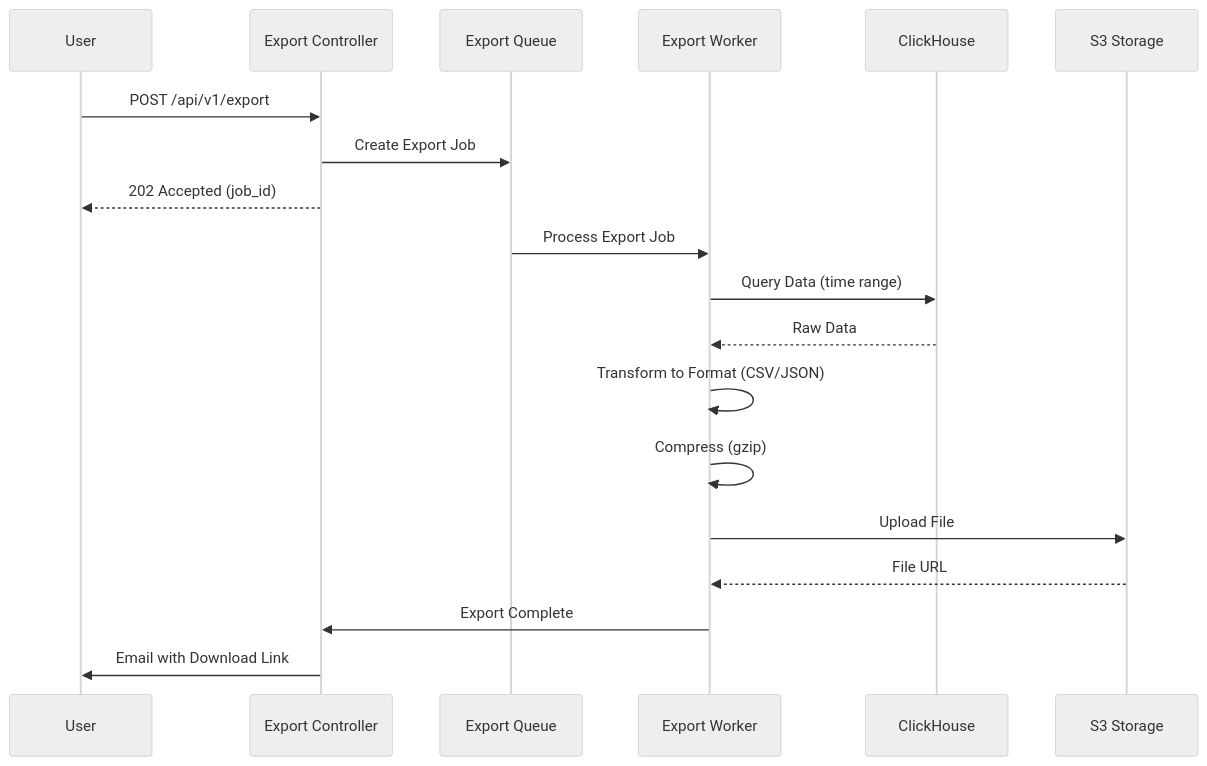
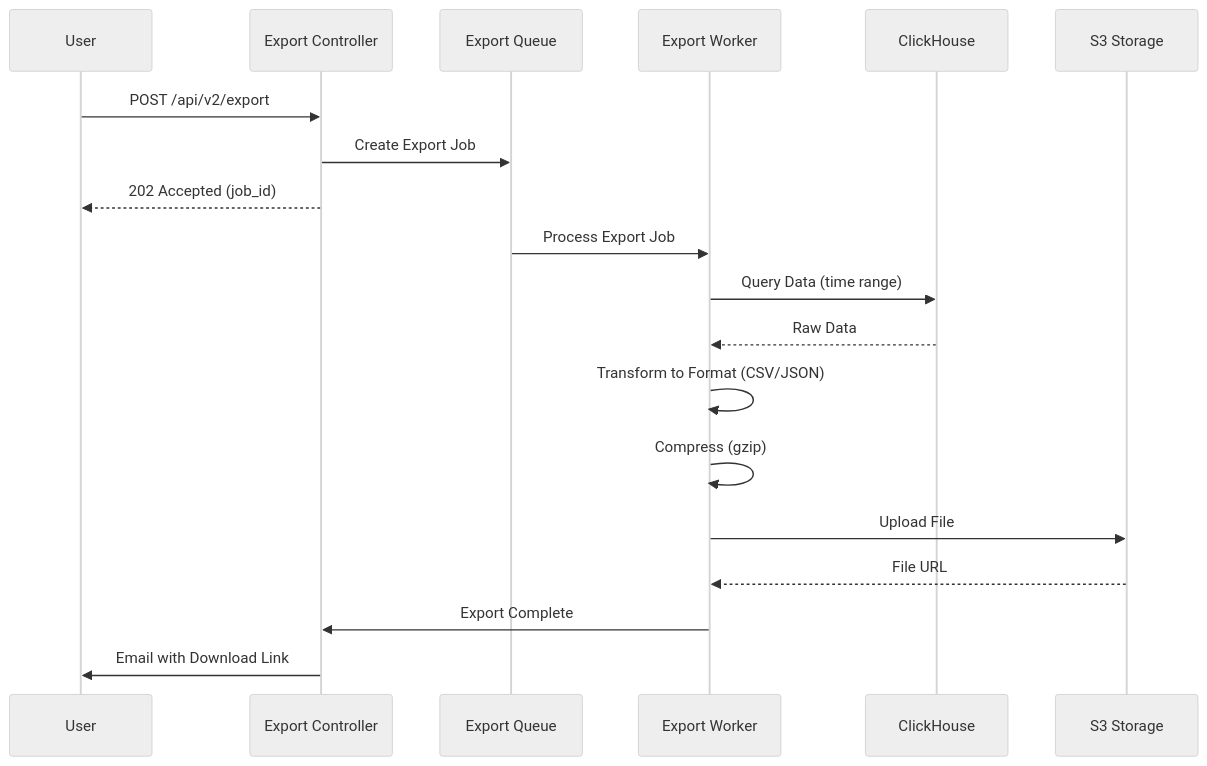
One commit to telemetryflow/telemetryflow-overview changed the diagram in backend/modules/1300-export.md. Above: the diagram before and after it, drawn with Mermaid (neutral theme). The commit also changed other lines of this file and 68 other files, not shown here.

````diff
--- a/backend/modules/1300-export.md
+++ b/backend/modules/1300-export.md
@@ -25,25 +25,25 @@
 ```mermaid
 sequenceDiagram
     participant U as User
     participant API as Export Controller
     participant QUEUE as Export Queue
     participant WORKER as Export Worker
     participant CH as ClickHouse
     participant S3 as S3 Storage
 
-    U->>API: POST /api/v1/export
+    U->>API: POST /api/v2/export
     API->>QUEUE: Create Export Job
     API-->>U: 202 Accepted (job_id)
 
     QUEUE->>WORKER: Process Export Job
     WORKER->>CH: Query Data (time range)
     CH-->>WORKER: Raw Data
 
     WORKER->>WORKER: Transform to Format (CSV/JSON)
     WORKER->>WORKER: Compress (gzip)
     WORKER->>S3: Upload File
     S3-->>WORKER: File URL
 
     WORKER->>API: Export Complete
     API->>U: Email with Download Link
 ```
````
